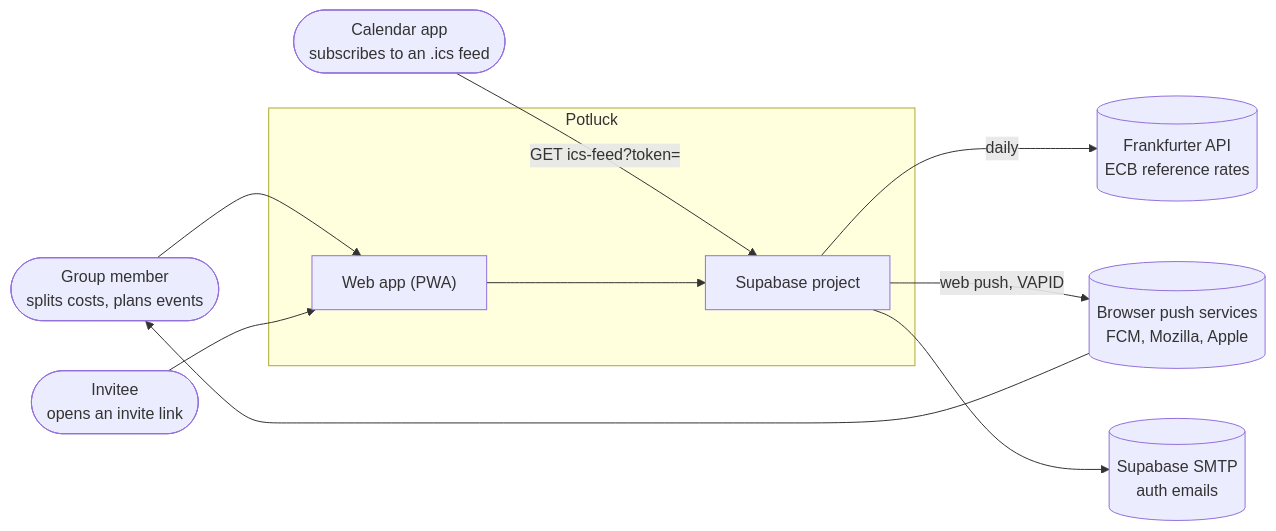
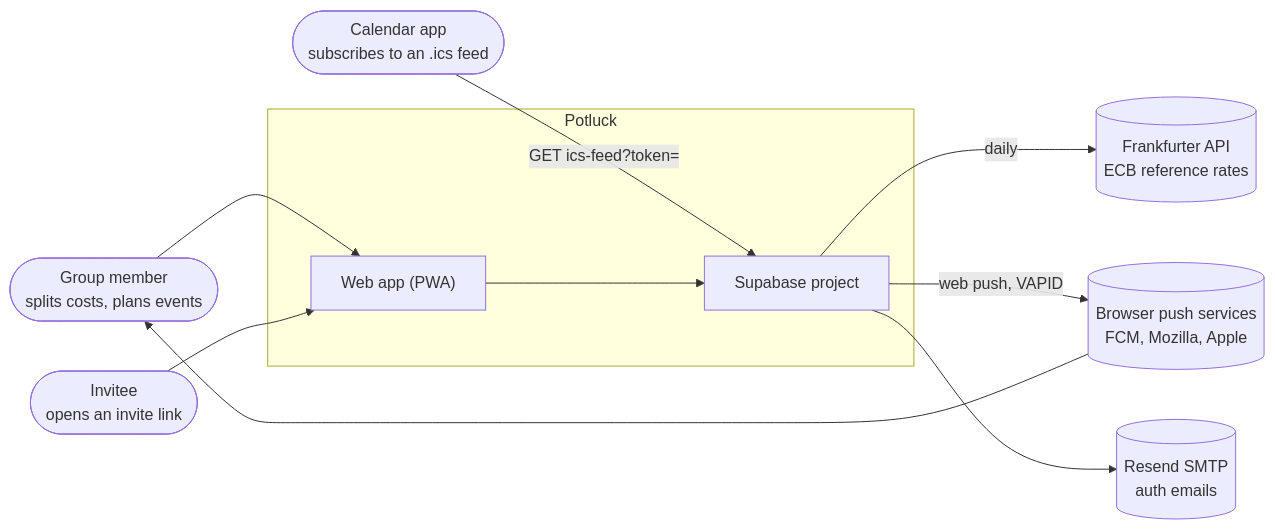
The first of 6 diagrams in docs/architecture.md (Fermulate/potluck), drawn with Mermaid before and after one commit. The commit also changed 2 other files, not shown here.

Commit message:
correct Resend SMTP diagram and template link notes

````diff
--- a/docs/architecture.md
+++ b/docs/architecture.md
@@ -9,24 +9,24 @@
 ```mermaid
 flowchart LR
   member(["Group member<br/>splits costs, plans events"])
   guest(["Invitee<br/>opens an invite link"])
   calendar(["Calendar app<br/>subscribes to an .ics feed"])
 
   subgraph potluck["Potluck"]
     web["Web app (PWA)"]
     backend["Supabase project"]
   end
 
   frankfurter[("Frankfurter API<br/>ECB reference rates")]
   pushsvc[("Browser push services<br/>FCM, Mozilla, Apple")]
-  smtp[("Supabase SMTP<br/>auth emails")]
+  smtp[("Resend SMTP<br/>auth emails")]
 
   member --> web
   guest --> web
   calendar -->|"GET ics-feed?token="| backend
   web --> backend
   backend -->|daily| frankfurter
   backend -->|web push, VAPID| pushsvc
   backend --> smtp
   pushsvc --> member
 ```
````
